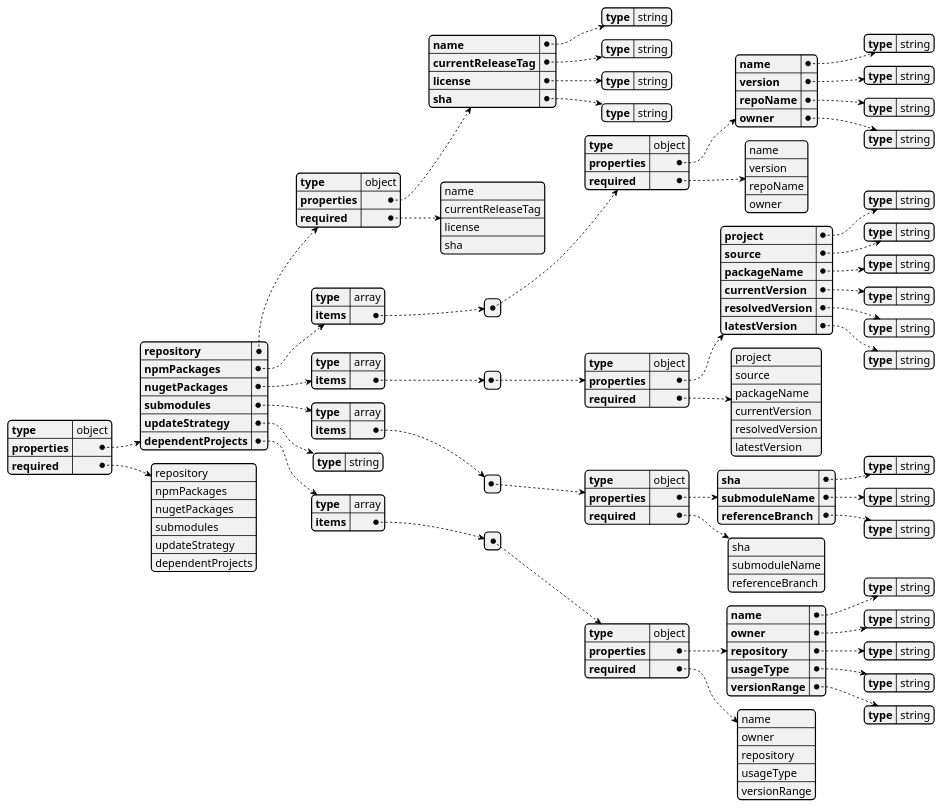
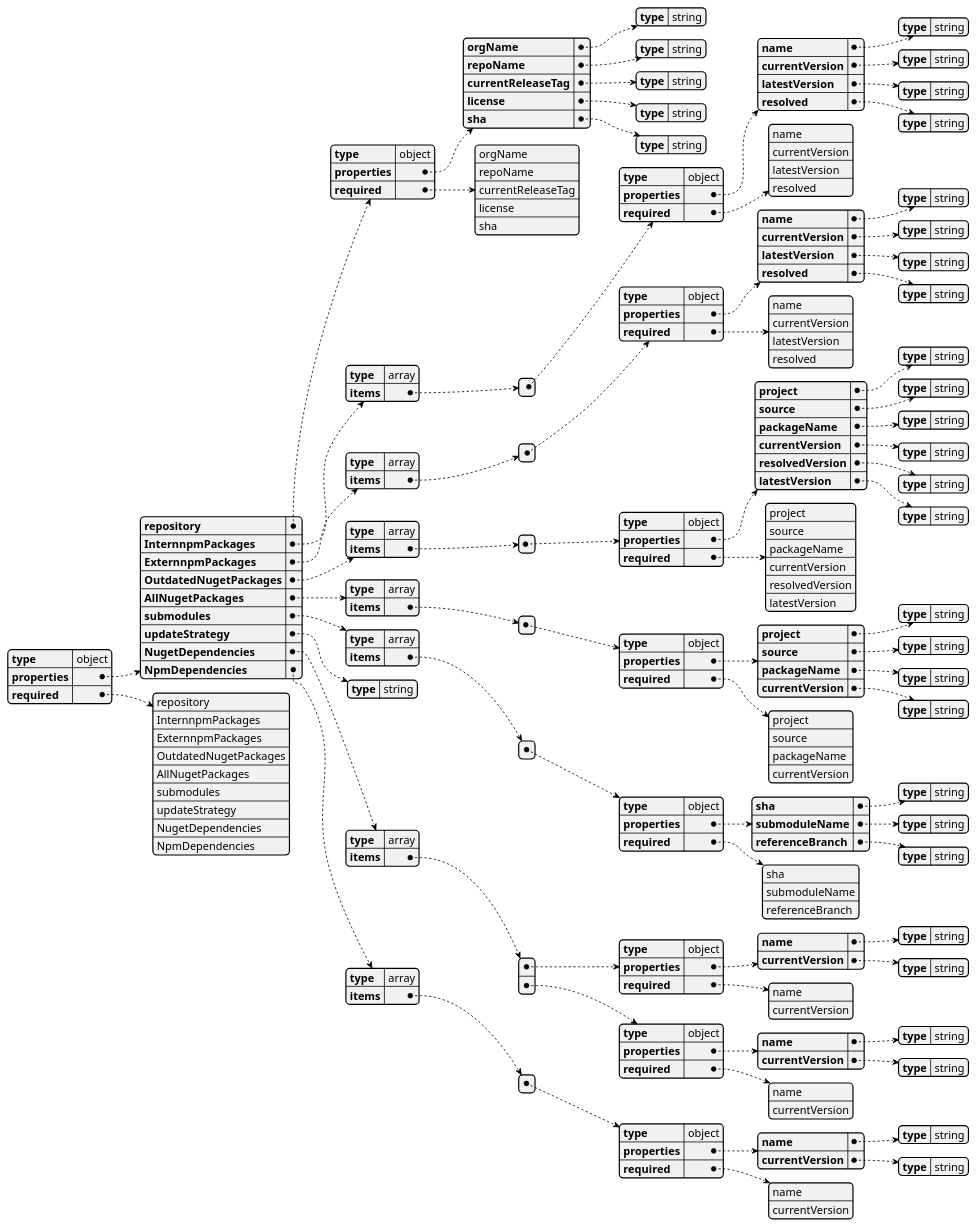
One commit to AdrianRallBhs/W2I2 changed the diagram in diagram.plantuml. Above: the diagram before and after it, drawn with PlantUML. The commit also changed 1 other file, not shown here.

Commit message:
Try intern extern nuget

```diff
--- a/diagram.plantuml
+++ b/diagram.plantuml
@@ -44,7 +44,10 @@
     "repository": {
       "type": "object",
       "properties": {
-        "name": {
+        "orgName": {
+          "type": "string"
+        },
+        "repoName": {
           "type": "string"
         },
         "currentReleaseTag": {
@@ -58,13 +61,14 @@
         }
       },
       "required": [
-        "name",
+        "orgName",
+        "repoName",
         "currentReleaseTag",
         "license",
         "sha"
       ]
     },
-    "npmPackages": {
+    "InternnpmPackages": {
       "type": "array",
       "items": [
         {
@@ -73,26 +77,54 @@
             "name": {
               "type": "string"
             },
-            "version": {
+            "currentVersion": {
               "type": "string"
             },
-            "repoName": {
+            "latestVersion": {
               "type": "string"
             },
-            "owner": {
+            "resolved": {
               "type": "string"
             }
           },
           "required": [
             "name",
-            "version",
-            "repoName",
-            "owner"
+            "currentVersion",
+            "latestVersion",
+            "resolved"
           ]
         }
       ]
     },
-    "nugetPackages": {
+    "ExternnpmPackages": {
+      "type": "array",
+      "items": [
+        {
+          "type": "object",
+          "properties": {
+            "name": {
+              "type": "string"
+            },
+            "currentVersion": {
+              "type": "string"
+            },
+            "latestVersion": {
+              "type": "string"
+            },
+            "resolved": {
+              "type": "string"
+            }
+          },
+          "required": [
+            "name",
+            "currentVersion",
+            "latestVersion",
+            "resolved"
+          ]
+        }
+      ]
+    },
+    "OutdatedNugetPackages": {
       "type": "array",
       "items": [
         {
@@ -128,6 +160,34 @@
         }
       ]
     },
+    "AllNugetPackages": {
+      "type": "array",
+      "items": [
+        {
+          "type": "object",
+          "properties": {
+            "project": {
+              "type": "string"
+            },
+            "source": {
+              "type": "string"
+            },
+            "packageName": {
+              "type": "string"
+            },
+            "currentVersion": {
+              "type": "string"
+            }
+          },
+          "required": [
+            "project",
+            "source",
+            "packageName",
+            "currentVersion"
+          ]
+        }
+      ]
+    },
     "submodules": {
       "type": "array",
       "items": [
@@ -155,7 +215,7 @@
     "updateStrategy": {
       "type": "string"
     },
-    "dependentProjects": {
+    "NugetDependencies": {
       "type": "array",
       "items": [
         {
@@ -164,25 +224,48 @@
             "name": {
               "type": "string"
             },
-            "owner": {
-              "type": "string"
-            },
-            "repository": {
-              "type": "string"
-            },
-            "usageType": {
-              "type": "string"
-            },
-            "versionRange": {
+            "currentVersion": {
               "type": "string"
             }
           },
           "required": [
             "name",
-            "owner",
-            "repository",
-            "usageType",
-            "versionRange"
+            "currentVersion"
+          ]
+        },
+        {
+          "type": "object",
+          "properties": {
+            "name": {
+              "type": "string"
+            },
+            "currentVersion": {
+              "type": "string"
+            }
+          },
+          "required": [
+            "name",
+            "currentVersion"
+          ]
+        }
+      ]
+    },
+    "NpmDependencies": {
+      "type": "array",
+      "items": [
+        {
+          "type": "object",
+          "properties": {
+            "name": {
+              "type": "string"
+            },
+            "currentVersion": {
+              "type": "string"
+            }
+          },
+          "required": [
+            "name",
+            "currentVersion"
           ]
         }
       ]
@@ -190,11 +273,14 @@
   },
   "required": [
     "repository",
-    "npmPackages",
-    "nugetPackages",
+    "InternnpmPackages",
+    "ExternnpmPackages",
+    "OutdatedNugetPackages",
+    "AllNugetPackages",
     "submodules",
     "updateStrategy",
-    "dependentProjects"
+    "NugetDependencies",
+    "NpmDependencies"
   ]
 }
 @endjson
```
